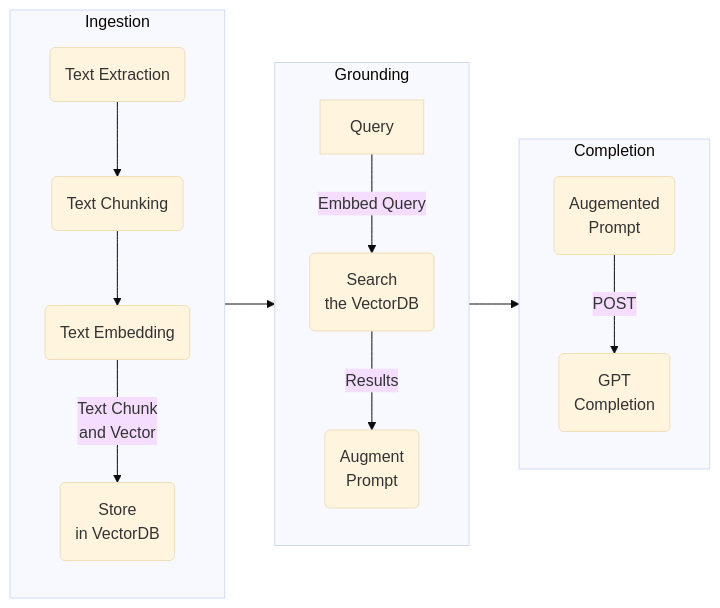
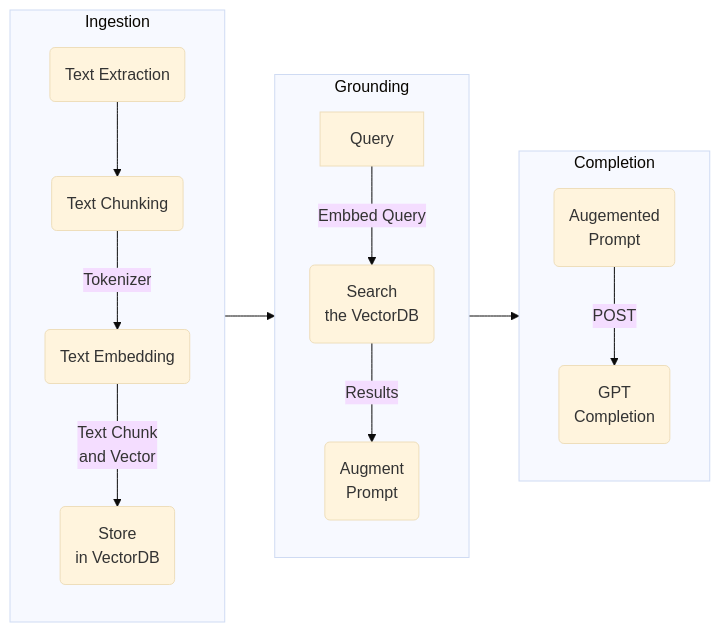
The second of 2 diagrams in README.md (msalemor/sk-rag-pattern), drawn with Mermaid (base theme) before and after one commit.

````diff
--- a/README.md
+++ b/README.md
@@ -42,15 +42,15 @@
 ```mermaid
 graph LR;
   subgraph Ingestion
-    A(Text Extraction)-->B(Text Chunking)-->E(Text Embedding)--Text Chunk<br/>and Vector-->D(Store<br/>in VectorDB)
+    A(Text Extraction)-->B(Text Chunking)--Tokenizer-->E(Text Embedding)--Text Chunk<br/>and Vector-->D(Store<br/>in VectorDB)
   end;
   subgraph Grounding
     Query--Embbed Query-->Search
     Search(Search<br/>the VectorDB)--Results-->Promt(Augment<br/>Prompt)
   end;
   Ingestion-->Grounding
   subgraph Completion
     AP(Augemented<br/>Prompt)--POST-->SCO(GPT<br/>Completion)
   end;
   Grounding-->Completion
 ```
````
